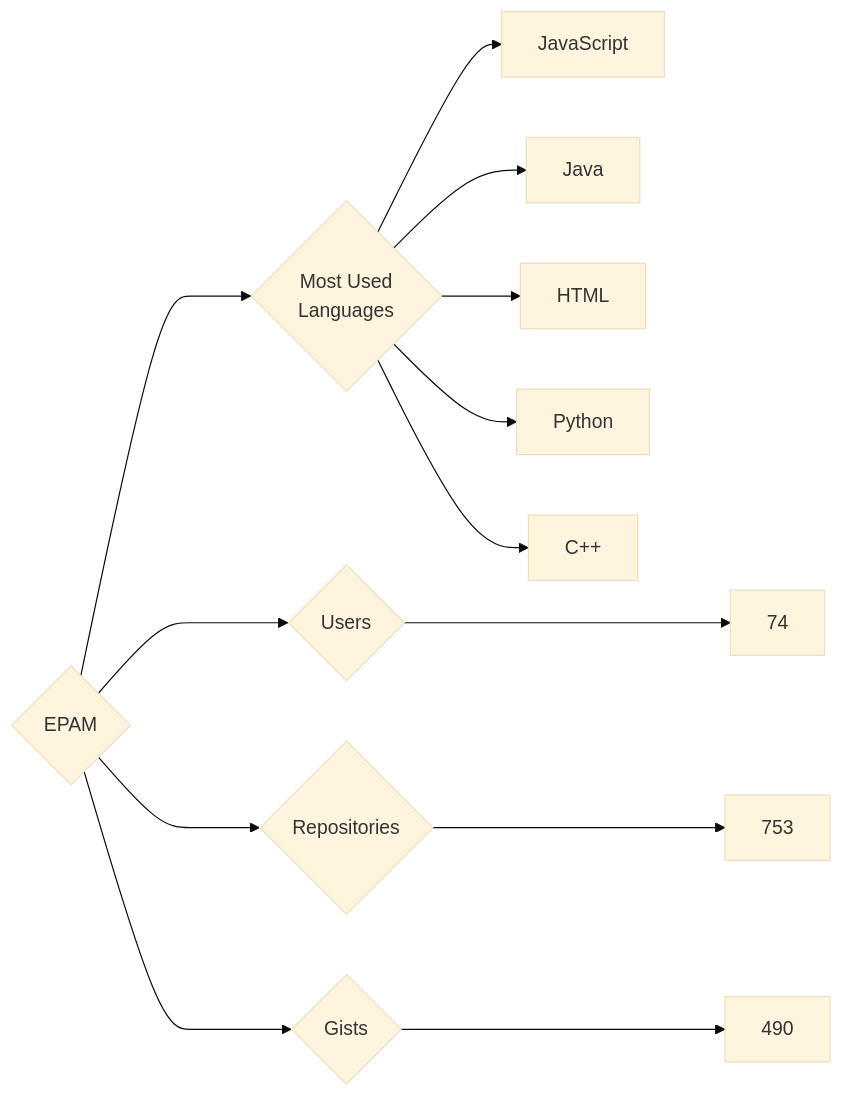
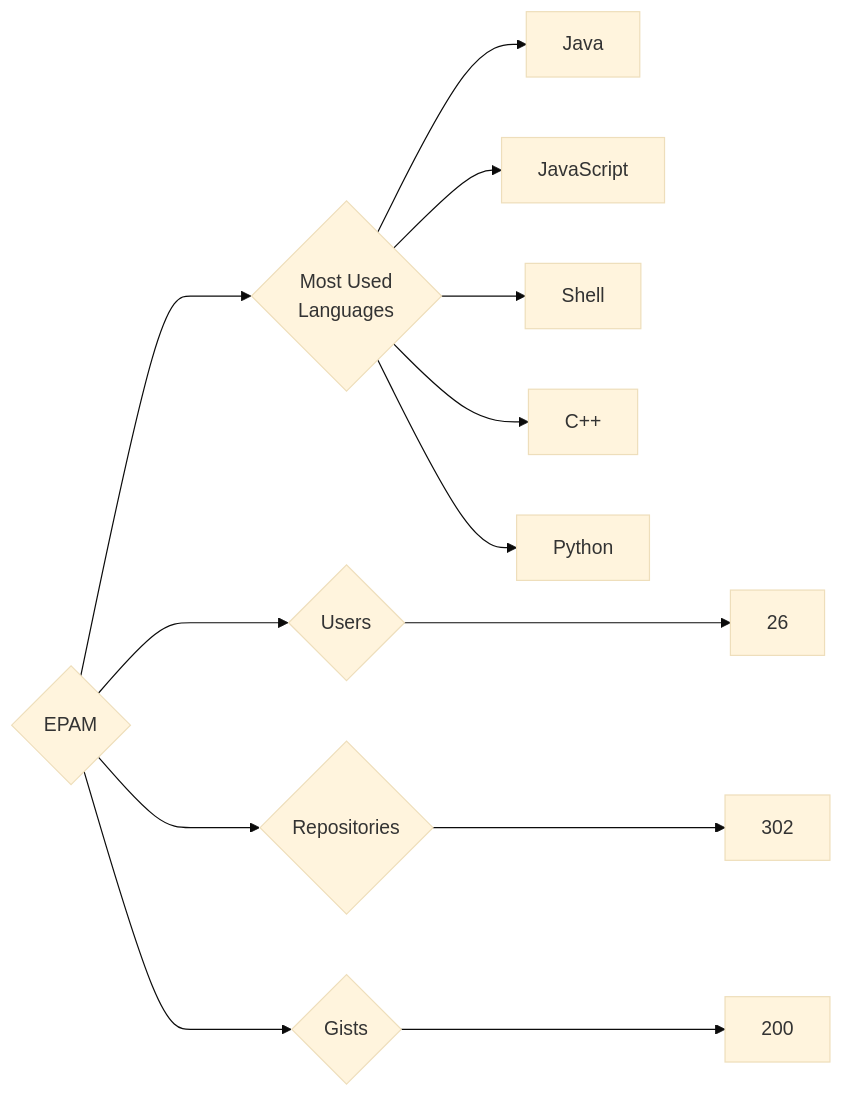
Before and after one commit to trickest/insiders: the diagram in targets/EPAM/README.md, drawn with Mermaid (base theme). The commit also changed 847 other files, not shown here.

````diff
--- a/targets/EPAM/README.md
+++ b/targets/EPAM/README.md
@@ -3,13 +3,13 @@
 ```mermaid
 graph LR
 COMPANY_NAME{EPAM}
-COMPANY_NAME ---> U{Users} ---> UN[74]
-COMPANY_NAME ---> R{Repositories} ---> RN[753]
-COMPANY_NAME ---> G{Gists} ---> GN[490]
+COMPANY_NAME ---> U{Users} ---> UN[26]
+COMPANY_NAME ---> R{Repositories} ---> RN[302]
+COMPANY_NAME ---> G{Gists} ---> GN[200]
 COMPANY_NAME ---> ML{Most Used<br>Languages}
+ML --> Java[Java]
 ML --> JavaScript[JavaScript]
-ML --> Java[Java]
-ML --> HTML[HTML]
+ML --> Shell[Shell]
+ML --> C++[C++]
 ML --> Python[Python]
-ML --> C++[C++]
 ```
````
